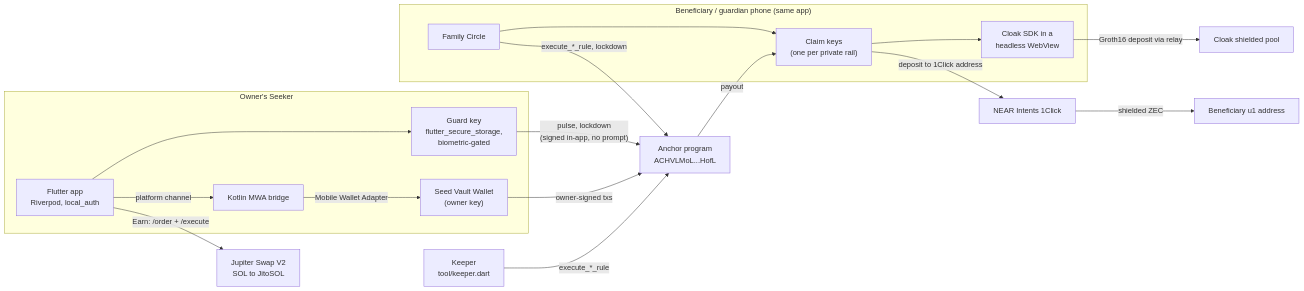
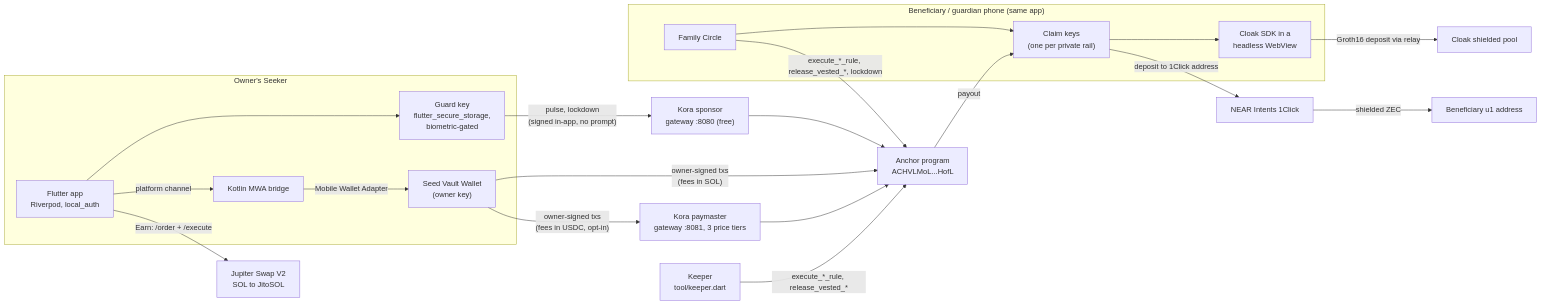
The diagram in docs/ARCHITECTURE.md (GabrielNeugebauer/deadman), drawn with Mermaid before and after one commit. The commit also changed other lines of this file and 57 other files, not shown here.

````diff
--- a/docs/ARCHITECTURE.md
+++ b/docs/ARCHITECTURE.md
@@ -7,29 +7,30 @@
 ```mermaid
 flowchart LR
     subgraph Owner["Owner's Seeker"]
         App["Flutter app<br/>Riverpod, local_auth"]
         Guard["Guard key<br/>flutter_secure_storage,<br/>biometric-gated"]
         Bridge["Kotlin MWA bridge"]
         SVW["Seed Vault Wallet<br/>(owner key)"]
         App --> Guard
         App -- "platform channel" --> Bridge
         Bridge -- "Mobile Wallet Adapter" --> SVW
     end
     subgraph Ben["Beneficiary / guardian phone (same app)"]
         BApp["Family Circle"]
         Claim["Claim keys<br/>(one per private rail)"]
         Cloak["Cloak SDK in a<br/>headless WebView"]
         BApp --> Claim
         Claim --> Cloak
     end
     Program["Anchor program<br/>ACHVLMoL...HofL"]
     Keeper["Keeper<br/>tool/keeper.dart"]
-    Guard -- "pulse, lockdown<br/>(signed in-app, no prompt)" --> Program
-    SVW -- "owner-signed txs" --> Program
+    Guard -- "pulse, lockdown<br/>(signed in-app, no prompt)" --> Sponsor["Kora sponsor<br/>gateway :8080 (free)"] --> Program
+    SVW -- "owner-signed txs<br/>(fees in SOL)" --> Program
+    SVW -- "owner-signed txs<br/>(fees in USDC, opt-in)" --> Paymaster["Kora paymaster<br/>gateway :8081, 3 price tiers"] --> Program
     App -- "Earn: /order + /execute" --> Jup["Jupiter Swap V2<br/>SOL to JitoSOL"]
-    Keeper -- "execute_*_rule" --> Program
-    BApp -- "execute_*_rule, lockdown" --> Program
+    Keeper -- "execute_*_rule, release_vested_*" --> Program
+    BApp -- "execute_*_rule, release_vested_*, lockdown" --> Program
     Program -- "payout" --> Claim
     Claim -- "deposit to 1Click address" --> OneClick["NEAR Intents 1Click"] -- "shielded ZEC" --> U1["Beneficiary u1 address"]
     Cloak -- "Groth16 deposit via relay" --> Pool["Cloak shielded pool"]
 ```
````
